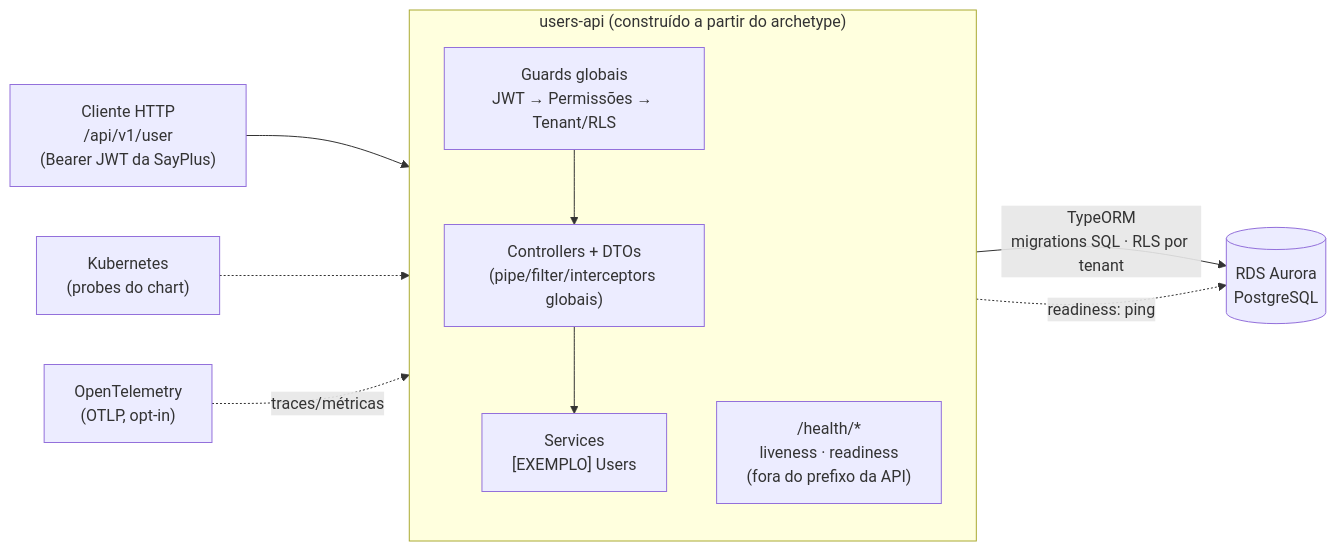
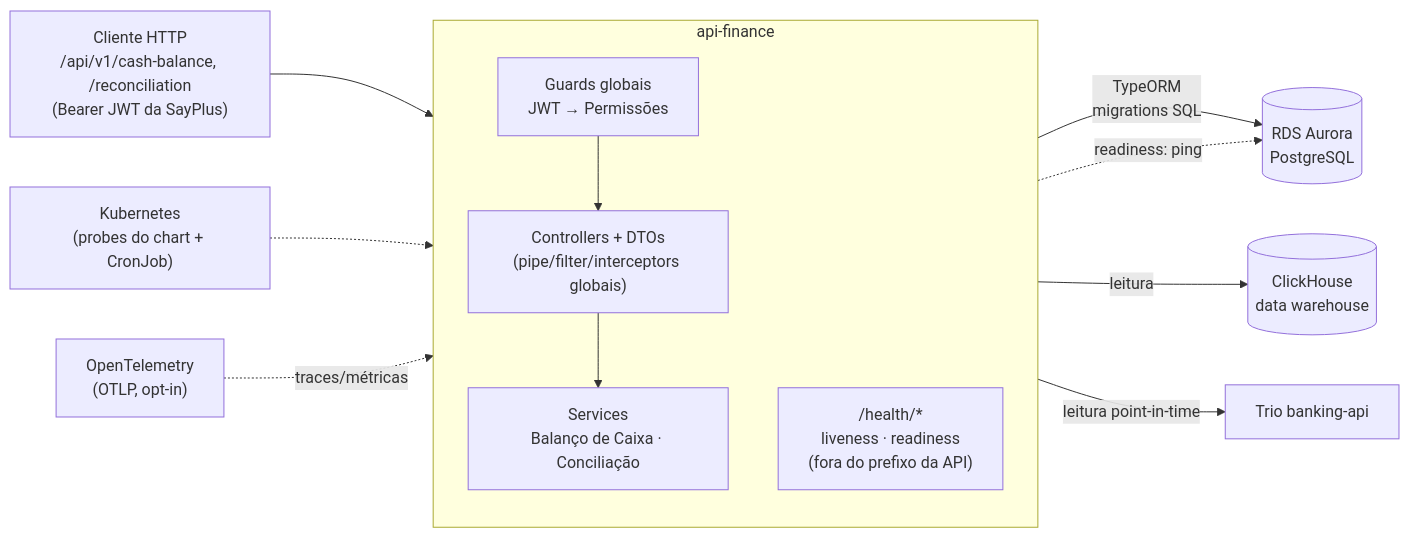
Before and after one commit to rian-suprema/api-finance: the diagram in README.md, drawn with Mermaid. The commit also changed other lines of this file and 53 other files, not shown here.

First line of the commit message:
chore: remove boilerplate do exemplo petshop, RLS de tenant e renomeia users-api → api-finance

````diff
--- a/README.md
+++ b/README.md
@@ -69,17 +71,19 @@
 ```mermaid
 flowchart LR
-    subgraph app["users-api (construído a partir do archetype)"]
+    subgraph app["api-finance"]
         direction TB
         CTRL["Controllers + DTOs<br/>(pipe/filter/interceptors globais)"]
-        AUTH["Guards globais<br/>JWT → Permissões → Tenant/RLS"]
-        SVC["Services<br/>[EXEMPLO] Users"]
+        AUTH["Guards globais<br/>JWT → Permissões"]
+        SVC["Services<br/>Balanço de Caixa · Conciliação"]
         HLT["/health/*<br/>liveness · readiness<br/>(fora do prefixo da API)"]
         AUTH --> CTRL --> SVC
     end
 
-    CLIENT["Cliente HTTP<br/>/api/v1/user<br/>(Bearer JWT da SayPlus)"] --> AUTH
-    K8S["Kubernetes<br/>(probes do chart)"] -.-> HLT
-    SVC -->|"TypeORM<br/>migrations SQL · RLS por tenant"| PG[("RDS Aurora<br/>PostgreSQL")]
+    CLIENT["Cliente HTTP<br/>/api/v1/cash-balance, /reconciliation<br/>(Bearer JWT da SayPlus)"] --> AUTH
+    K8S["Kubernetes<br/>(probes do chart + CronJob)"] -.-> HLT
+    SVC -->|"TypeORM<br/>migrations SQL"| PG[("RDS Aurora<br/>PostgreSQL")]
+    SVC -->|leitura| CH[("ClickHouse<br/>data warehouse")]
+    SVC -->|leitura point-in-time| TRIO["Trio banking-api"]
     HLT -.->|"readiness: ping"| PG
     OTEL["OpenTelemetry<br/>(OTLP, opt-in)"] -.->|traces/métricas| SVC
 ```
````
